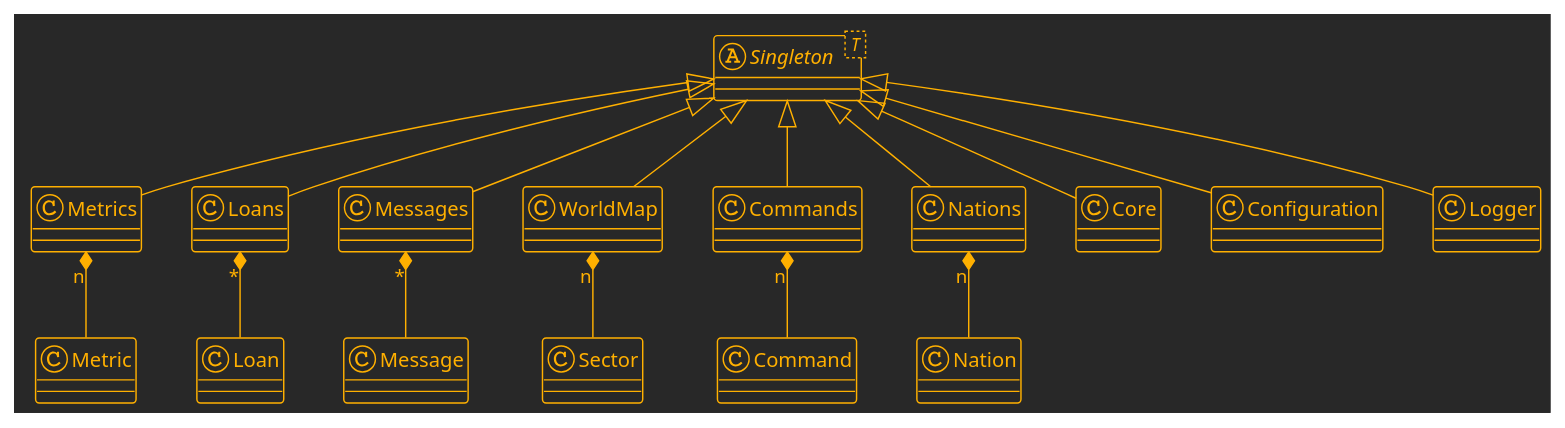
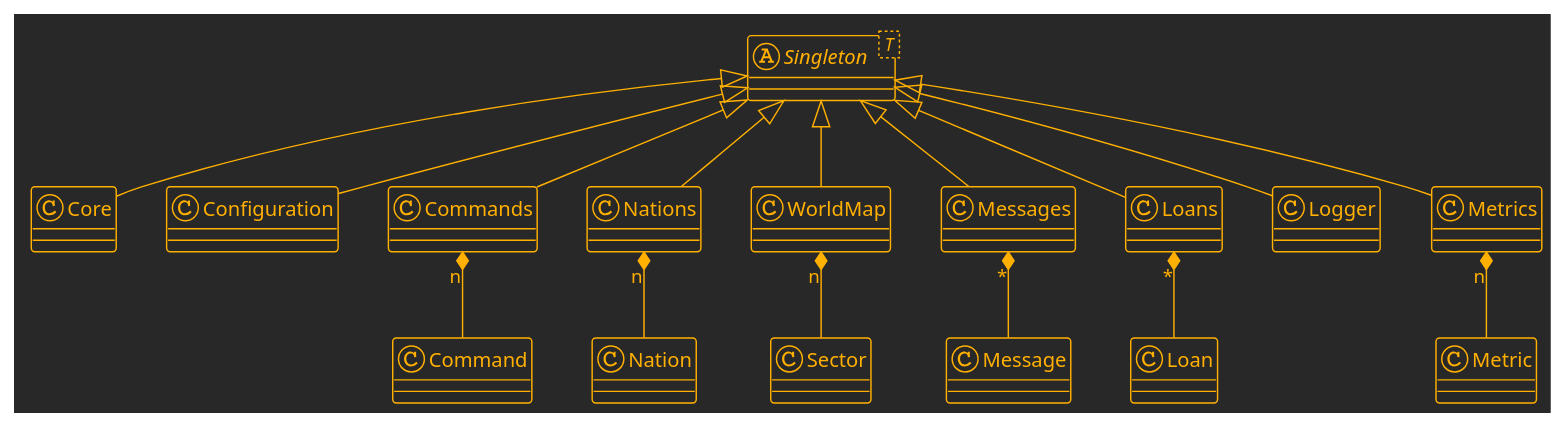
Before and after one commit to marknelsonengineer/empire: the first of 10 diagrams in DESIGN_CONCEPTS.md, drawn with PlantUML. The commit also changed other lines of this file and 1 other file, not shown here.

```diff
--- a/DESIGN_CONCEPTS.md
+++ b/DESIGN_CONCEPTS.md
@@ -9,43 +9,42 @@
 @startuml
 !theme crt-amber
-top to bottom direction
 
 ' Template-based, abstract Singleton
 abstract class "Singleton< T >" as Singleton {
 }
 
 class Core
 class Configuration
 class Commands
 class Nations
 class WorldMap
 class Messages
 class Loans
 class Logger
 class Metrics
 
 class Nation
 class Command
 class Sector
 class Message
 class Loan
 class Metric
 
-Core          -up-|> Singleton
-Configuration -up-|> Singleton
-Commands      -up-|> Singleton
-Nations       -up-|> Singleton
-WorldMap      -up-|> Singleton
-Messages      -up-|> Singleton
-Loans         -up-|> Singleton
-Logger        -up-|> Singleton
-Metrics       -up-|> Singleton
+Singleton <|-- Core         
+Singleton <|-- Configuration
+Singleton <|-- Commands     
+Singleton <|-- Nations      
+Singleton <|-- WorldMap     
+Singleton <|-- Messages     
+Singleton <|-- Loans        
+Singleton <|-- Logger       
+Singleton <|-- Metrics      
 
-Nation        -up-* "n" Nations
-Command       -up-* "n" Commands
-Sector        -up-* "n" WorldMap
-Message       -up-* "*" Messages
-Loan          -up-* "*" Loans
-Metric        -up-* "n" Metrics
+Nations  "n" *-- Nation   
+Commands "n" *-- Command  
+WorldMap "n" *-- Sector   
+Messages "*" *-- Message  
+Loans    "*" *-- Loan     
+Metrics  "n" *-- Metric   
 
 @enduml
```
